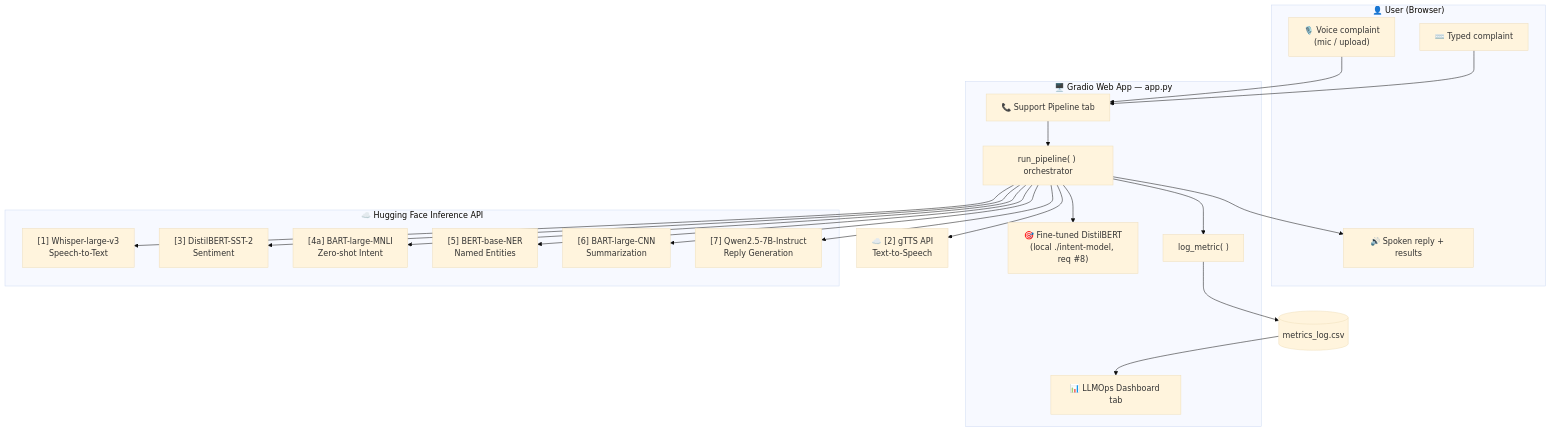
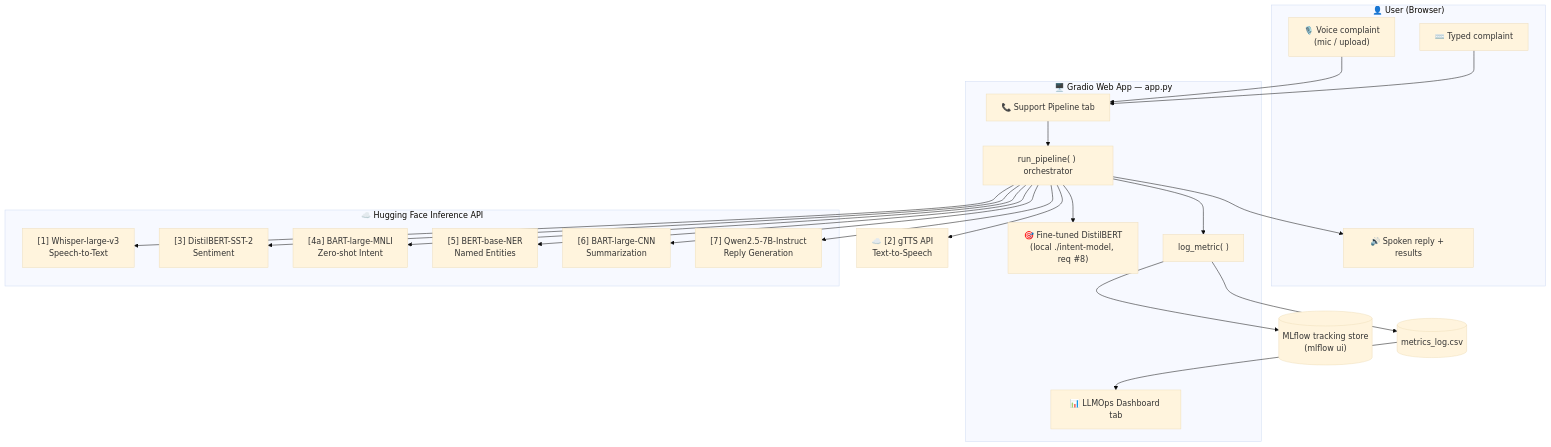
Before and after one commit to yogisamy/voicedesk-ai: the first of 2 diagrams in README.md, drawn with Mermaid (base theme). The commit also changed other lines of this file and 4 other files, not shown here.

````diff
--- a/README.md
+++ b/README.md
@@ -14,37 +14,39 @@
 ```mermaid
 flowchart TB
     subgraph CLIENT["👤 User (Browser)"]
         MIC["🎙️ Voice complaint<br/>(mic / upload)"]
         TXT["⌨️ Typed complaint"]
         SPK["🔊 Spoken reply + results"]
     end
 
     subgraph APP["🖥️ Gradio Web App — app.py"]
         UI["📞 Support Pipeline tab"]
         ORCH["run_pipeline( ) orchestrator"]
         FT["🎯 Fine-tuned DistilBERT<br/>(local ./intent-model, req #8)"]
         LOGGER["log_metric( )"]
         DASH["📊 LLMOps Dashboard tab"]
     end
 
     subgraph HFAPI["☁️ Hugging Face Inference API"]
         ASR["[1] Whisper-large-v3<br/>Speech-to-Text"]
         SENT["[3] DistilBERT-SST-2<br/>Sentiment"]
         ZS["[4a] BART-large-MNLI<br/>Zero-shot Intent"]
         NER["[5] BERT-base-NER<br/>Named Entities"]
         SUM["[6] BART-large-CNN<br/>Summarization"]
         LLM["[7] Qwen2.5-7B-Instruct<br/>Reply Generation"]
     end
 
     GTTS["☁️ [2] gTTS API<br/>Text-to-Speech"]
     CSV[("metrics_log.csv")]
+    MLF[("MLflow tracking store<br/>(mlflow ui)")]
 
     MIC --> UI
     TXT --> UI
     UI --> ORCH
     ORCH --> ASR & SENT & ZS & NER & SUM & LLM
     ORCH --> FT
     ORCH --> GTTS
     ORCH --> LOGGER --> CSV --> DASH
+    LOGGER --> MLF
     ORCH --> SPK
 ```
````
